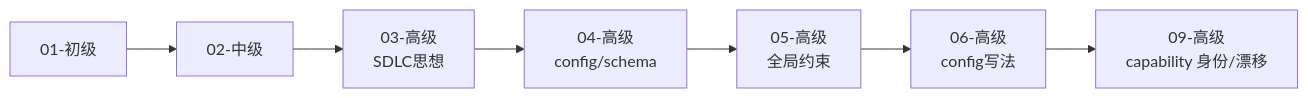
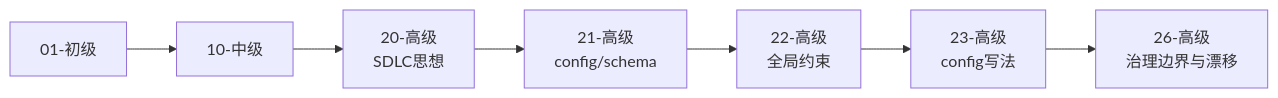
Before and after one commit to ethan-jiang-3/OpenSpec: the second of 8 diagrams in _openspec_handbook/00-index.md, drawn with Mermaid. The commit also changed other lines of this file and 41 other files, not shown here.

````diff
--- a/_openspec_handbook/00-index.md
+++ b/_openspec_handbook/00-index.md
@@ -144,7 +145,7 @@
 ```mermaid
 graph LR
-    A[01-初级] --> B[02-中级] --> C[03-高级<br/>SDLC思想]
-    C --> D[04-高级<br/>config/schema] --> E[05-高级<br/>全局约束]
-    E --> F[06-高级<br/>config写法]
-    F --> H[09-高级<br/>capability 身份/漂移]
+    A[01-初级] --> B[10-中级] --> C[20-高级<br/>SDLC思想]
+    C --> D[21-高级<br/>config/schema] --> E[22-高级<br/>全局约束]
+    E --> F[23-高级<br/>config写法]
+    F --> H[26-高级<br/>治理边界与漂移]
 ```
````
